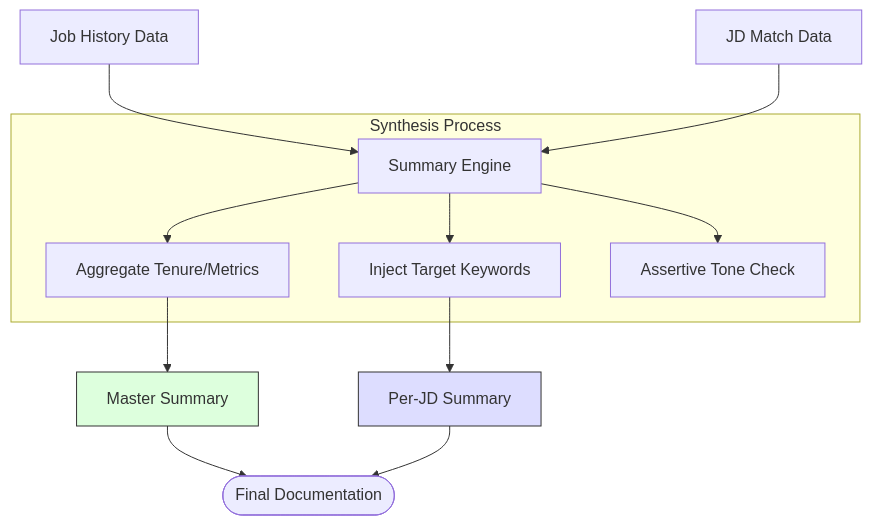
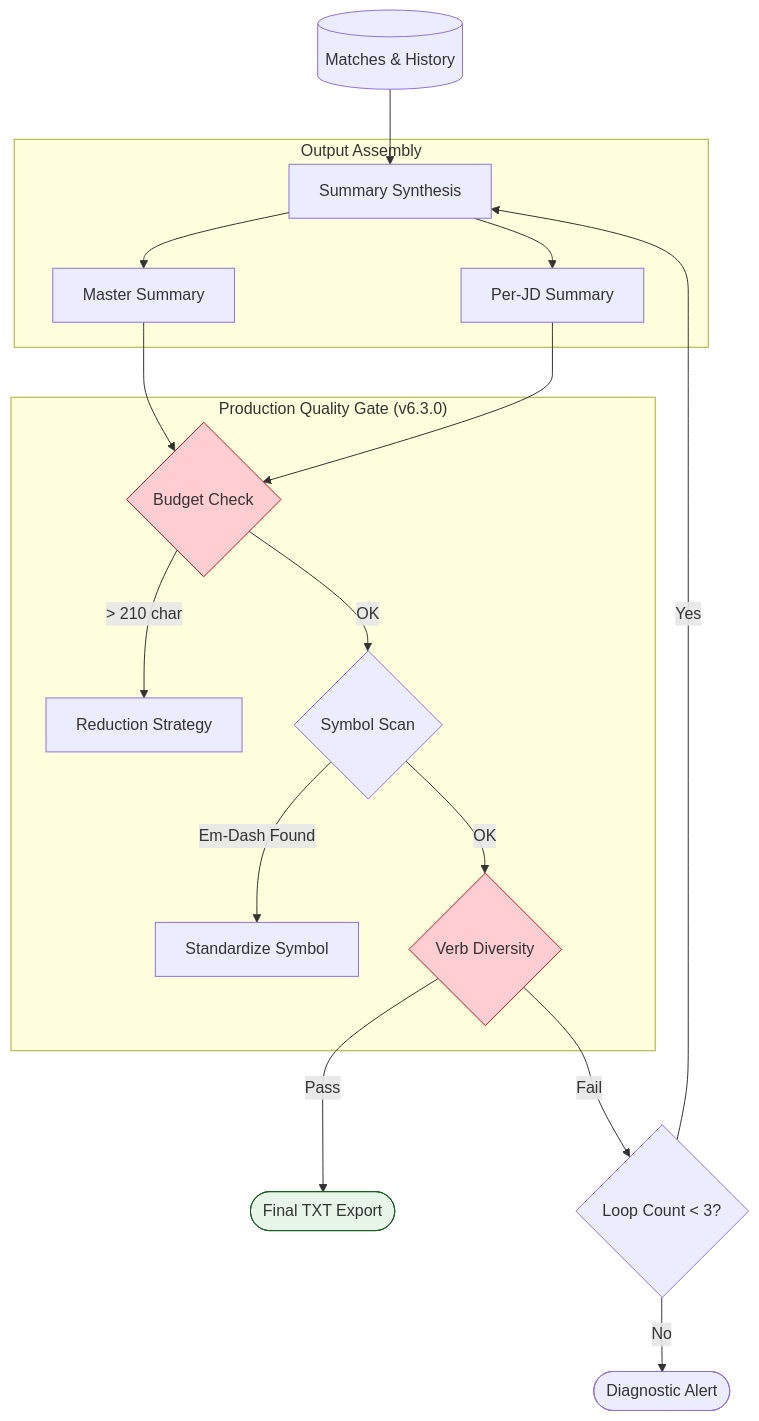
The diagram in wireframes/phase-4-summary-polish-mermaid.md (technomensch/optimize-my-resume), drawn with Mermaid before and after one commit. The commit also changed other lines of this file and 26 other files, not shown here.

Commit message:
docs: synchronize architectural wireframes with v6.3.x guardrails and establish testing protocols

````diff
--- a/wireframes/phase-4-summary-polish-mermaid.md
+++ b/wireframes/phase-4-summary-polish-mermaid.md
@@ -14,20 +14,26 @@
 ```mermaid
 graph TD
-    History[Job History Data] --> Engine[Summary Engine]
-    Match[JD Match Data] --> Engine
+    Data[(Matches & History)] --> Engine[Summary Synthesis]
     
-    subgraph "Synthesis Process"
-    Engine --> Metrics[Aggregate Tenure/Metrics]
-    Engine --> Keywords[Inject Target Keywords]
-    Engine --> Tone[Assertive Tone Check]
+    subgraph "Output Assembly"
+    Engine --> MS[Master Summary]
+    Engine --> PS[Per-JD Summary]
     end
     
-    Metrics --> Master[Master Summary]
-    Keywords --> PerJD[Per-JD Summary]
+    subgraph "Production Quality Gate (v6.3.0)"
+    MS & PS --> G1{Budget Check}
+    G1 -->| > 210 char| Red[Reduction Strategy]
+    G1 -->|OK| G2{Symbol Scan}
+    G2 -->|Em-Dash Found| Fix[Standardize Symbol]
+    G2 -->|OK| G3{Verb Diversity}
+    end
     
-    Master --> Output([Final Documentation])
-    PerJD --> Output
+    G3 -->|Pass| Out([Final TXT Export])
+    G3 -->|Fail| Loop{Loop Count < 3?}
+    Loop -->|Yes| Engine
+    Loop -->|No| Warn([Diagnostic Alert])
     
-    style Master fill:#dfd,stroke:#333
-    style PerJD fill:#ddf,stroke:#333
+    style G1 fill:#ffcdd2,stroke:#b71c1c
+    style G3 fill:#ffcdd2,stroke:#b71c1c
+    style Out fill:#e8f5e9,stroke:#1b5e20
 ```
````
